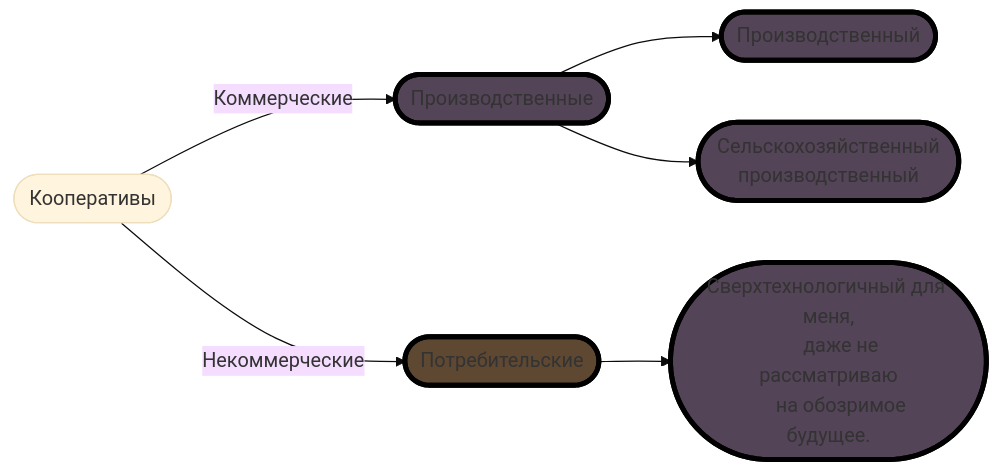
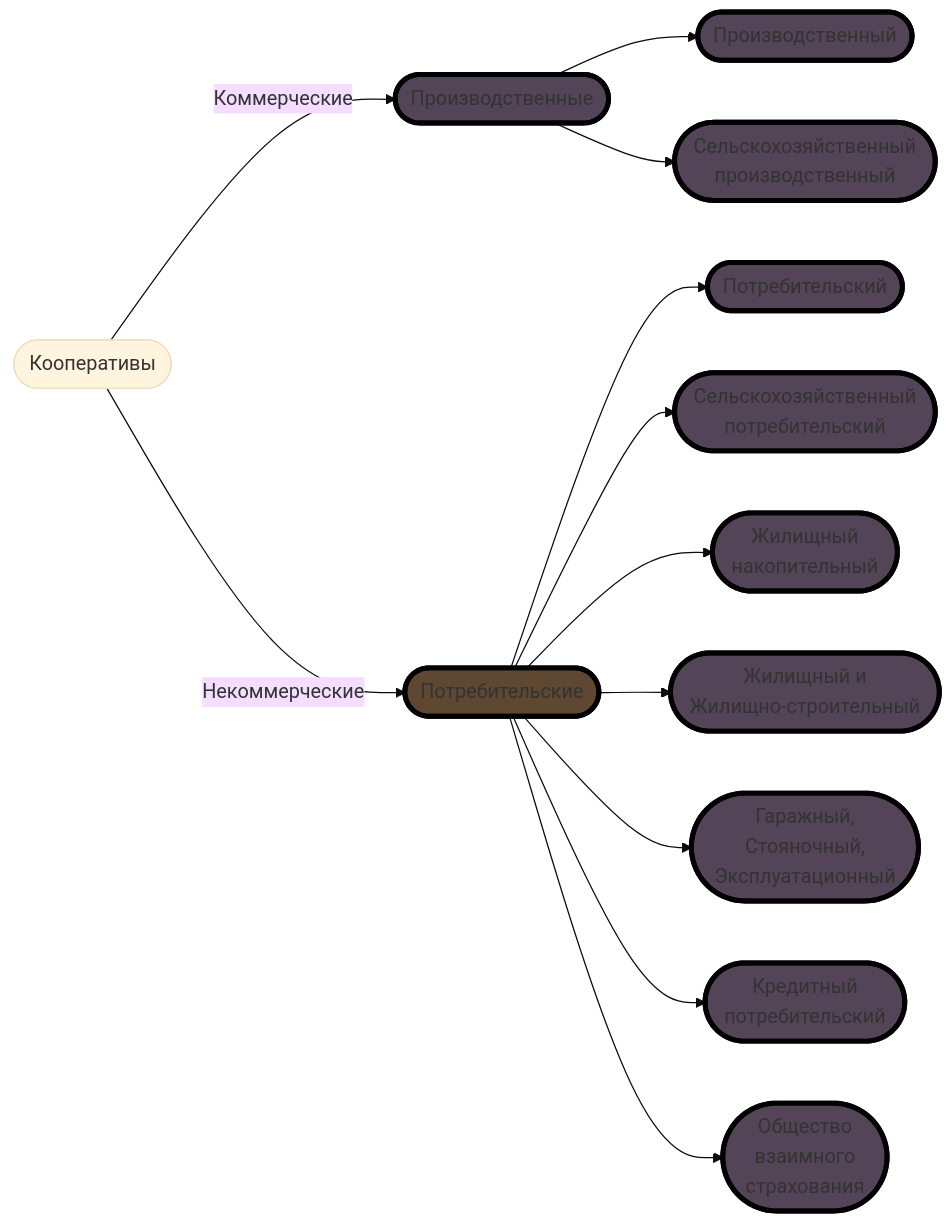
The diagram in README.md (ufrs12/Coops), drawn with Mermaid (base theme) before and after one commit.

````diff
--- a/README.md
+++ b/README.md
@@ -7,29 +7,47 @@
 ```mermaid
 graph LR;
 classDef class1 fill:#544457, stroke:#000, stroke-width:4px
 classDef class2 fill:#32465e, stroke:#000, stroke-width:4px
 classDef class3 fill:#455744, stroke:#000, stroke-width:4px
 classDef class4 fill:#5e4832, stroke:#000, stroke-width:4px
 classDef class5 fill:#5e3332, stroke:#000, stroke-width:4px
 
    
     A([Кооперативы])
     B([Производственные]):::class1
     C([Потребительские]):::class4
     D([Производственный]):::class1
     E([Сельскохозяйственный
       производственный]):::class1
-    F([Сверхтехнологичный для меня,
-      даже не рассматриваю
-      на обозримое будущее.]):::class1
+    F([Потребительский]):::class1
+    G([Сельскохозяйственный
+         потребительский]):::class1
+    H([Жилищный
+         накопительный]):::class1
+    I([Жилищный и
+         Жилищно-строительный]):::class1
+    J([Гаражный,
+         Стояночный,
+         Эксплуатационный]):::class1
+    K([Кредитный
+         потребительский]):::class1
+    L([Общество
+         взаимного
+         страхования]):::class1
 
     A-->|Коммерческие| B;
     A-->|Некоммерческие|C;
     B-->D;
     B-->E;
     C-->F;
+    C-->G;
+    C-->H;
+    C-->I;
+    C-->J;
+    C-->K;
+    C-->L;
    click B "https://www.zakonrf.info/gk/106.1/";
    click C "https://www.zakonrf.info/gk/123.2/";
    click D "https://www.zakonrf.info/doc-15088991/";
    click E "https://www.zakonrf.info/doc-13529718/";
 ```
````
